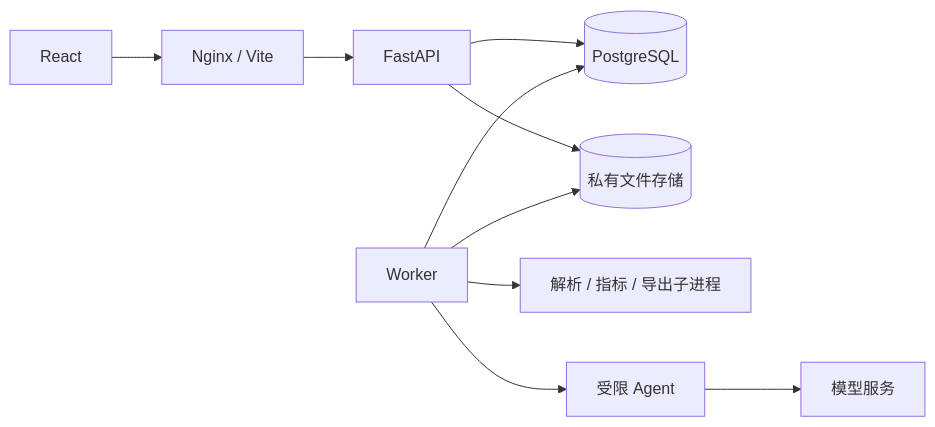
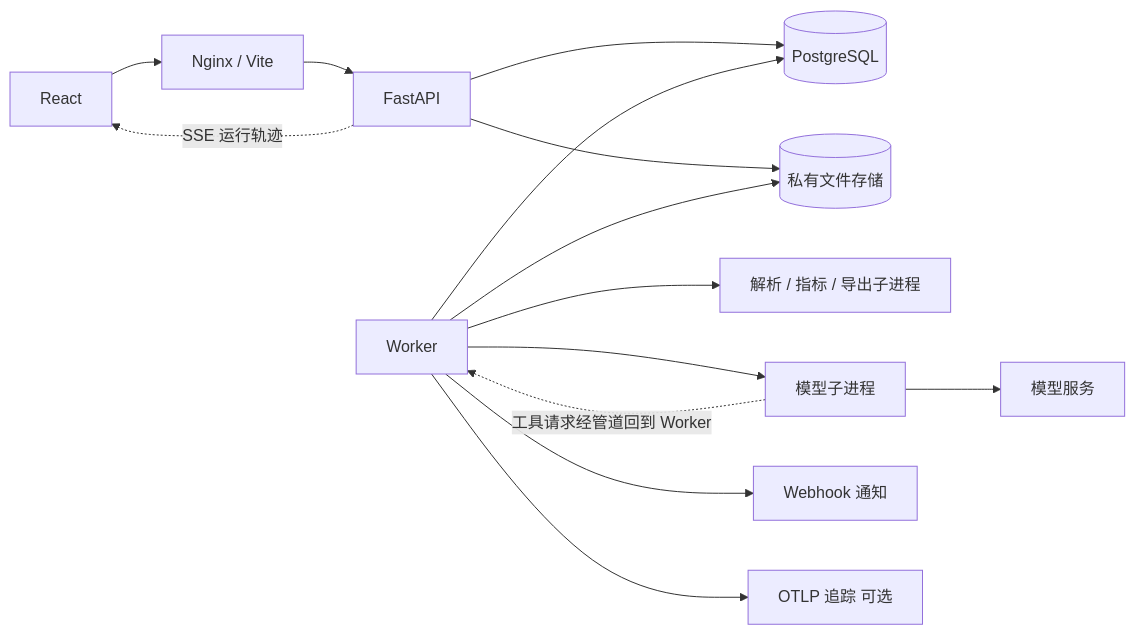
One commit to UrianChen/ShopPulse changed the diagram in docs/TECHNICAL.md. Above: the diagram before and after it, drawn with Mermaid. The commit also changed other lines of this file and 109 other files, not shown here.

````diff
--- a/docs/TECHNICAL.md
+++ b/docs/TECHNICAL.md
@@ -17,12 +40,16 @@
 ```mermaid
 flowchart LR
     UI[React] --> Web[Nginx / Vite]
     Web --> API[FastAPI]
     API --> DB[(PostgreSQL)]
     API --> Files[(私有文件存储)]
+    API -. SSE 运行轨迹 .-> UI
     Worker[Worker] --> DB
     Worker --> Files
     Worker --> Compute[解析 / 指标 / 导出子进程]
-    Worker --> Agent[受限 Agent]
+    Worker --> Agent[模型子进程]
+    Agent -. 工具请求经管道回到 Worker .-> Worker
     Agent --> Model[模型服务]
+    Worker --> Hook[Webhook 通知]
+    Worker --> OTel[OTLP 追踪 可选]
 ```
````
